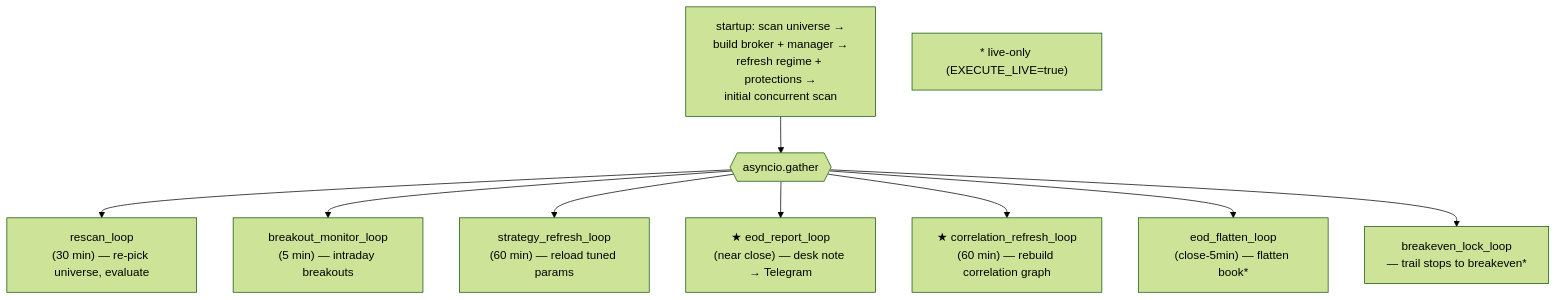
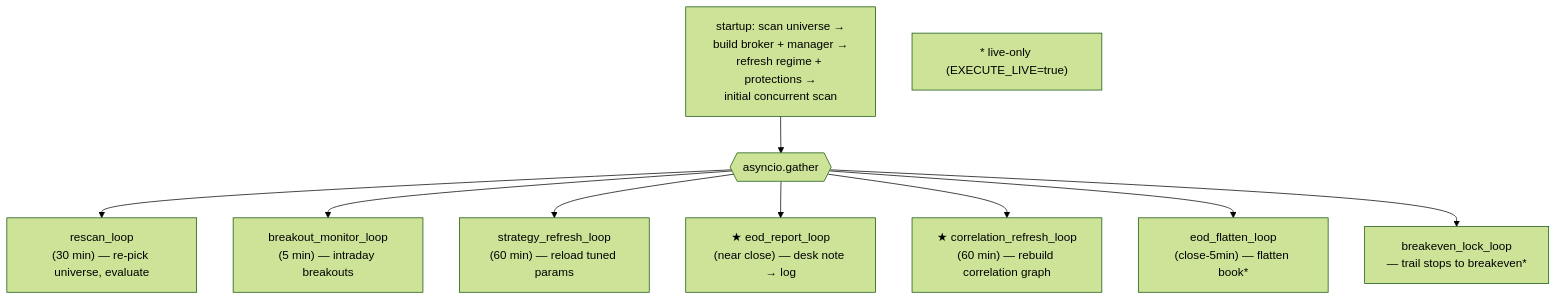
One commit to jonathantt2712/TradingBot_Testing changed the seventh of 8 diagrams in docs/HOW_IT_WORKS.md. Above: the diagram before and after it, drawn with Mermaid (forest theme). The commit also changed 16 other files, not shown here.

````diff
--- a/docs/HOW_IT_WORKS.md
+++ b/docs/HOW_IT_WORKS.md
@@ -269,15 +269,15 @@
 ```mermaid
 flowchart TD
     boot["startup: scan universe →<br/>build broker + manager →<br/>refresh regime + protections →<br/>initial concurrent scan"]
 
     boot --> loops{{"asyncio.gather"}}
     loops --> l1["rescan_loop<br/>(30 min) — re-pick universe, evaluate"]
     loops --> l2["breakout_monitor_loop<br/>(5 min) — intraday breakouts"]
     loops --> l3["strategy_refresh_loop<br/>(60 min) — reload tuned params"]
-    loops --> l4["★ eod_report_loop<br/>(near close) — desk note → Telegram"]
+    loops --> l4["★ eod_report_loop<br/>(near close) — desk note → log"]
     loops --> l5["★ correlation_refresh_loop<br/>(60 min) — rebuild correlation graph"]
     loops --> l6["eod_flatten_loop<br/>(close-5min) — flatten book*"]
     loops --> l7["breakeven_lock_loop<br/>— trail stops to breakeven*"]
 
     note["* live-only (EXECUTE_LIVE=true)"]
 ```
````
